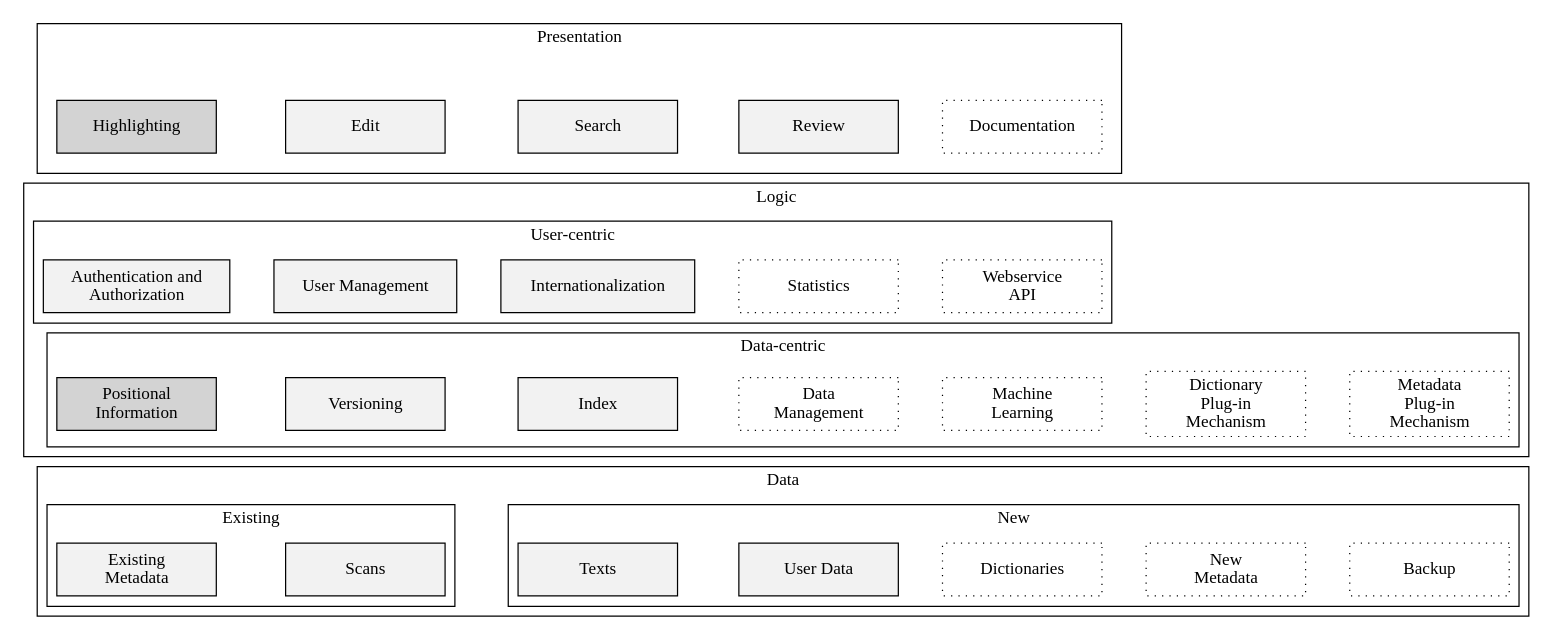
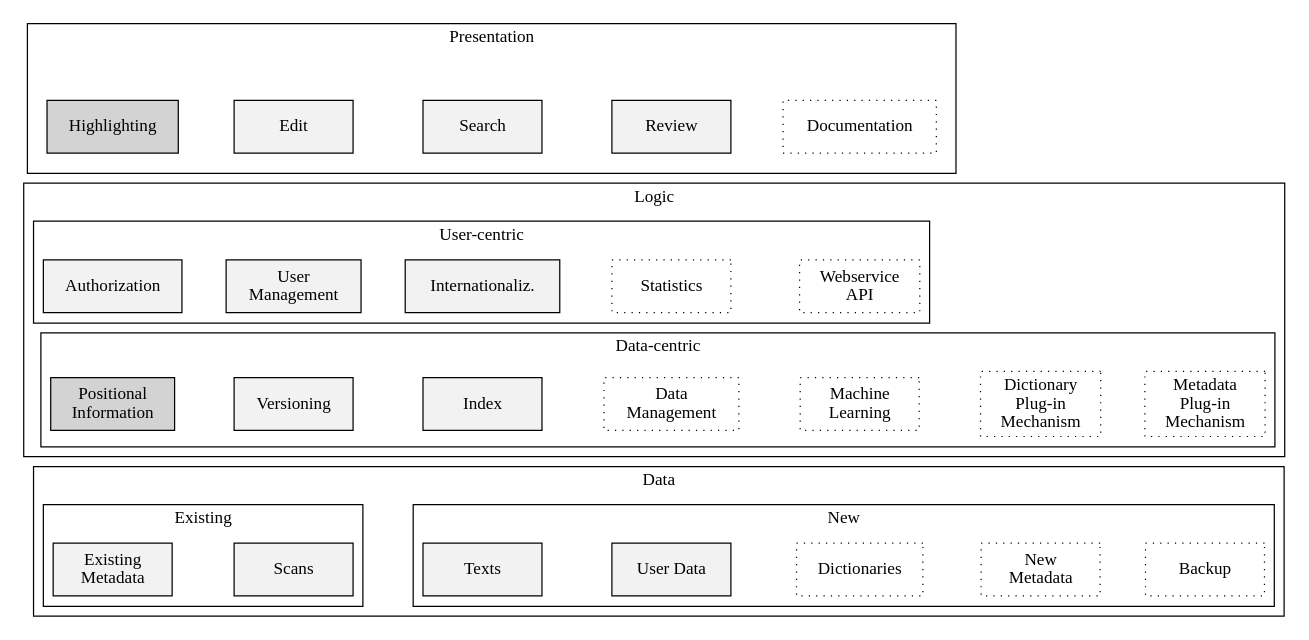
The diagram in de.uni_koeln.ub.drc/doc/architecture_components.dot (fsteeg/drc), drawn with Graphviz before and after one commit. The commit also changed 4 other files, not shown here.

Commit message:
Some changes in architecture document and diagrams

```diff
--- a/de.uni_koeln.ub.drc/doc/architecture_components.dot
+++ b/de.uni_koeln.ub.drc/doc/architecture_components.dot
@@ -1,81 +1,79 @@
 /* Work in progress: architecture components diagram */
 digraph drc_architecture_components {
 
-  node[shape=box width=1.8 height=0.6 style=filled fillcolor="grey95"]
+  node[shape=box width=1.35 height=0.6 style=filled fillcolor="grey95"]
   rankdir=LR
   
   subgraph cluster_1{
     label="Data"
     
     subgraph cluster_11 {
       label="Existing"
       //style=dotted
       
       existing_meta [label="Existing\nMetadata"]
       scans         [label="Scans"]
       
     } existing_meta->scans[style=invis]
     
     subgraph cluster_12 {
       label="New"
       //style=dotted
       
       new_meta      [label="New\nMetadata" style=dotted]
       texts         [label="Texts"]
       user_data     [label="User Data"]
       dictionaries  [label="Dictionaries"  style=dotted]
       backup        [label="Backup" style=dotted] 
       
     } scans->texts->user_data->dictionaries->new_meta->backup[style=invis]
     
-    
-    
   }
    
   subgraph cluster_2 {
     label="Logic"
     
      subgraph cluster_22 {
       label="User-centric"
       //style=dotted
       
-      security              [label="Authentication and\nAuthorization"]
-      user_management       [label="User Management"]
+      security              [label="Authorization"]
+      user_management       [label="User\nManagement"]
       statistics            [label="Statistics" style=dotted]
       webservice_api        [label="Webservice\nAPI" style=dotted]
-      internationalization  [label="Internationalization"]
+      internationalization  [label="Internationaliz."]
       
     } security->user_management->internationalization->statistics->webservice_api[style=invis]
     
     subgraph cluster_21 {
       label="Data-centric"
       //style=dotted
       
       positions         [label="Positional\nInformation" fillcolor=lightgrey]
       plugin_dict       [label="Dictionary\nPlug-in\nMechanism" style=dotted]
       plugin_meta       [label="Metadata\nPlug-in\nMechanism" style=dotted]
       index             [label="Index"]
       machine_learning  [label="Machine\nLearning" style=dotted]
       versioning        [label="Versioning"]
       data_management   [label="Data\nManagement" style=dotted]
       
     } positions->versioning->index->data_management->machine_learning->plugin_dict->plugin_meta[style=invis]
     
   }
   
   subgraph cluster_3 {
     label="Presentation"
     
     subgraph cluster_31 {
       style=invis
     
       edit          [label="Edit"]
       search        [label="Search"]
       highlighting  [label="Highlighting" fillcolor=lightgrey]
       review        [label="Review"]
       documentation [label="Documentation" style=dotted]
     }
     
   } highlighting->edit->search->review->documentation[style=invis]
   
 }
```
